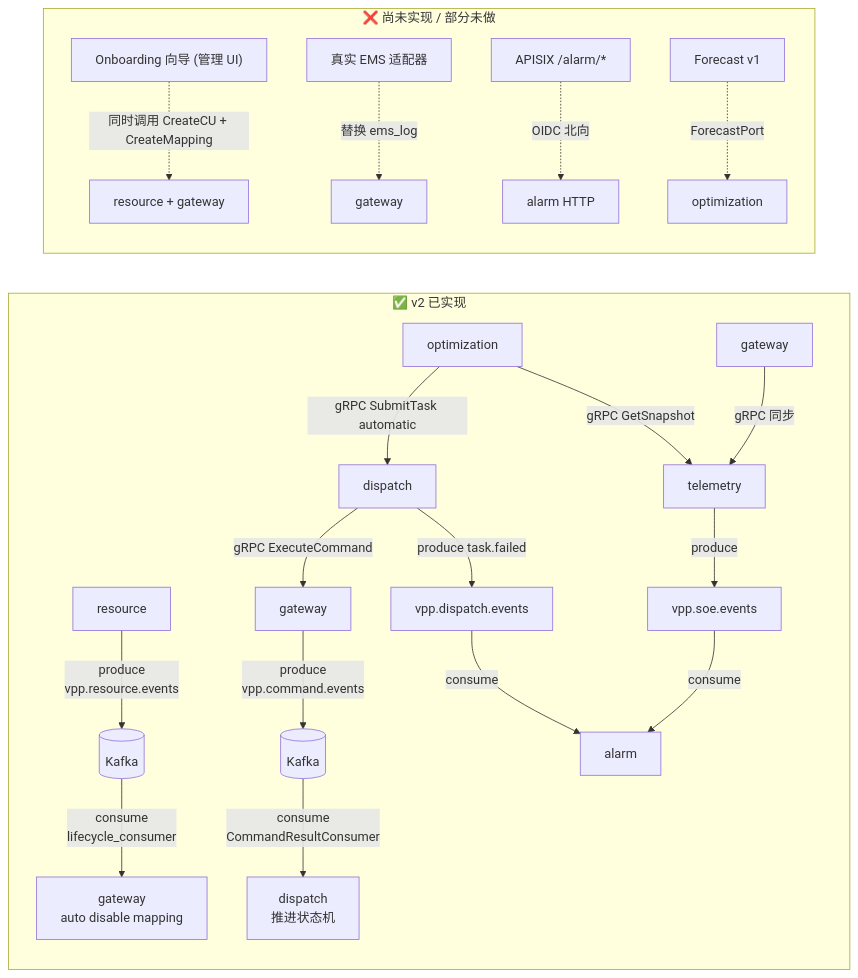
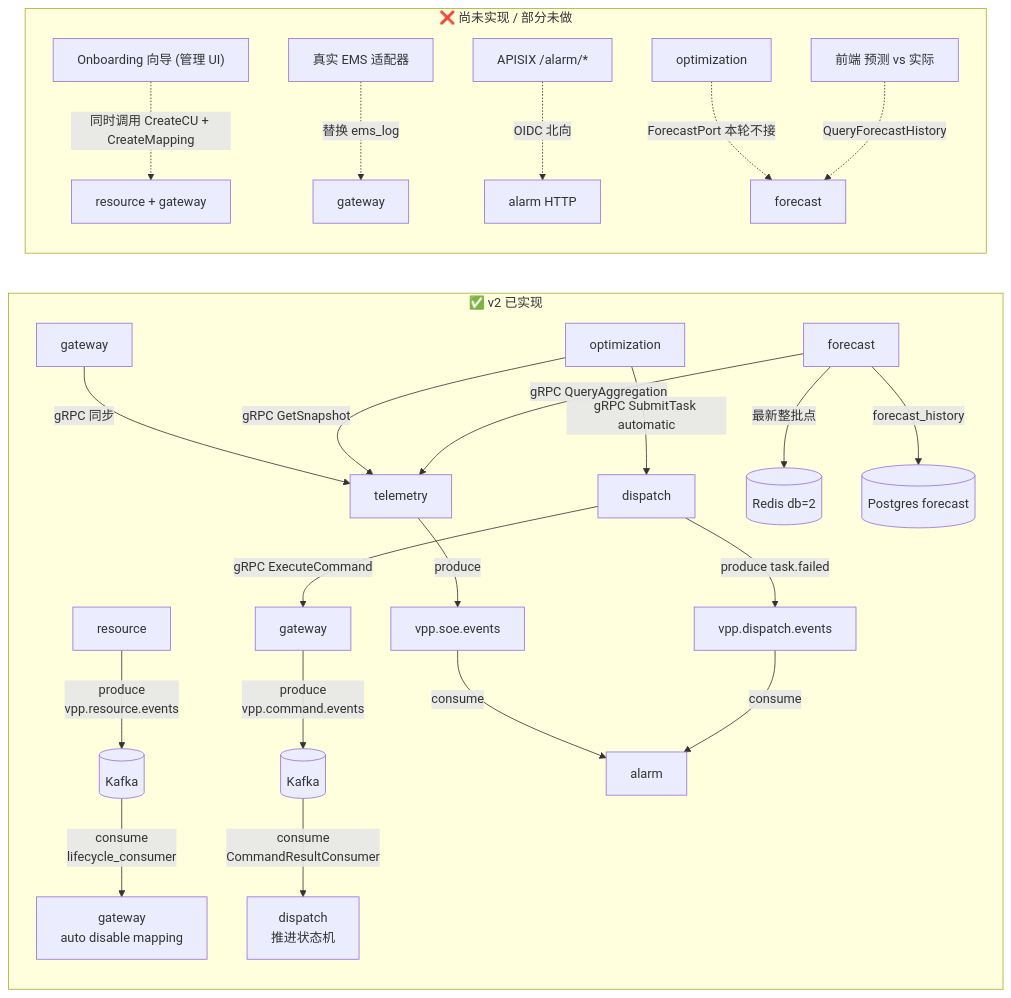
The second of 2 diagrams in architecture.md (mushroomyuan/vpp-backend), drawn with Mermaid before and after one commit. The commit also changed other lines of this file and 136 other files, not shown here.

First line of the commit message:
feat(forecast): add batch prediction service and fix optimization cooldown

````diff
--- a/architecture.md
+++ b/architecture.md
@@ -218,45 +251,53 @@
 ```mermaid
 
 flowchart LR
 
     subgraph Implemented["✅ v2 已实现"]
 
         G1[gateway] -->|gRPC 同步| T1[telemetry]
 
         T1 -->|produce| K1["vpp.soe.events"]
 
         R2[resource] -->|produce<br/>vpp.resource.events| K2[("Kafka")]
 
         K2 -->|consume<br/>lifecycle_consumer| G2[gateway<br/>auto disable mapping]
 
         D1[dispatch] -->|gRPC ExecuteCommand| G3[gateway]
 
         G3 -->|produce<br/>vpp.command.events| K3[("Kafka")]
 
         K3 -->|consume<br/>CommandResultConsumer| D2[dispatch<br/>推进状态机]
 
         K1 -->|consume| A1[alarm]
 
         D1 -->|produce task.failed| K5["vpp.dispatch.events"]
 
         K5 -->|consume| A1
 
         O1[optimization] -->|gRPC GetSnapshot| T1
 
         O1 -->|gRPC SubmitTask automatic| D1
 
+        F1[forecast] -->|gRPC QueryAggregation| T1
+
+        F1 -->|最新整批点| Redis2[("Redis db=2")]
+
+        F1 -->|forecast_history| PGf[("Postgres forecast")]
+
     end
 
     subgraph Future["❌ 尚未实现 / 部分未做"]
 
         OnboardingUI["Onboarding 向导 (管理 UI)"] -.->|同时调用 CreateCU + CreateMapping| Both["resource + gateway"]
 
         RealEMS["真实 EMS 适配器"] -.->|替换 ems_log| G4[gateway]
 
         AlarmAPI["APISIX /alarm/*"] -.->|OIDC 北向| A2[alarm HTTP]
 
-        ForecastSvc["Forecast v1"] -.->|ForecastPort| O2[optimization]
+        O2[optimization] -.->|ForecastPort 本轮不接| F2[forecast]
+
+        ChartUI["前端 预测 vs 实际"] -.->|QueryForecastHistory| F2
 
     end
 
 ```
````
